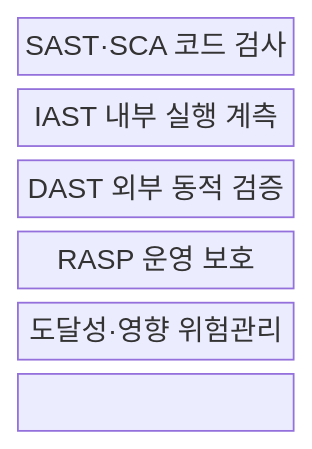
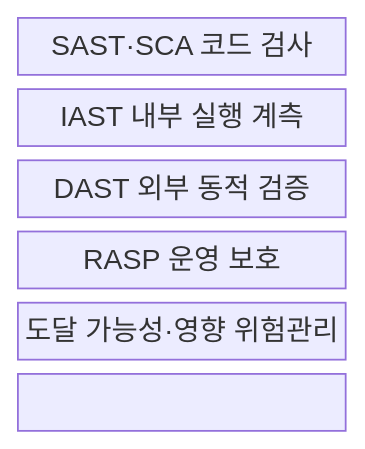
Before and after one commit to agnusdei1207/knowledge-base: the first of 2 diagrams in src/content/docs/notes/05-security/145_sast_dast_iast_rasp.md, drawn with Mermaid. The commit also changed other lines of this file and 6 other files, not shown here.

````diff
--- a/src/content/docs/notes/05-security/145_sast_dast_iast_rasp.md
+++ b/src/content/docs/notes/05-security/145_sast_dast_iast_rasp.md
@@ -55,11 +55,11 @@
 ```mermaid
 block-beta
   columns 1
   S["SAST·SCA 코드 검사"]
   I["IAST 내부 실행 계측"]
   D["DAST 외부 동적 검증"]
   R["RASP 운영 보호"]
-  M["도달성·영향 위험관리"]
+  M["도달 가능성·영향 위험관리"]
   S --- I --- D
   D --- R --- M
 ```
````
